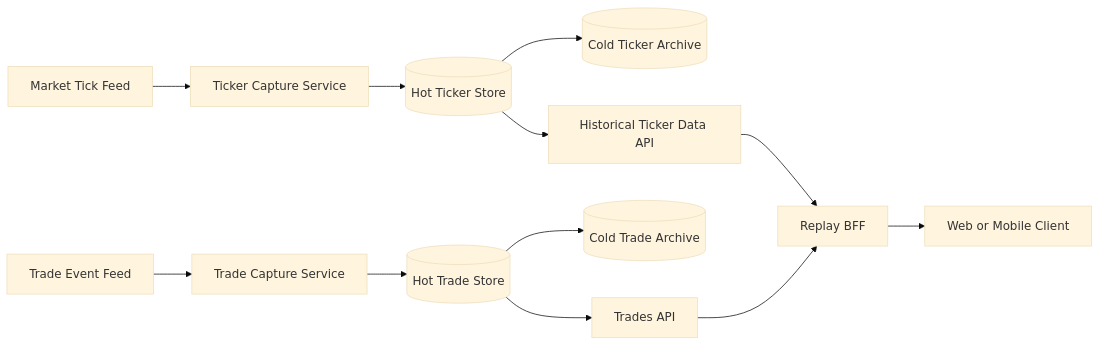
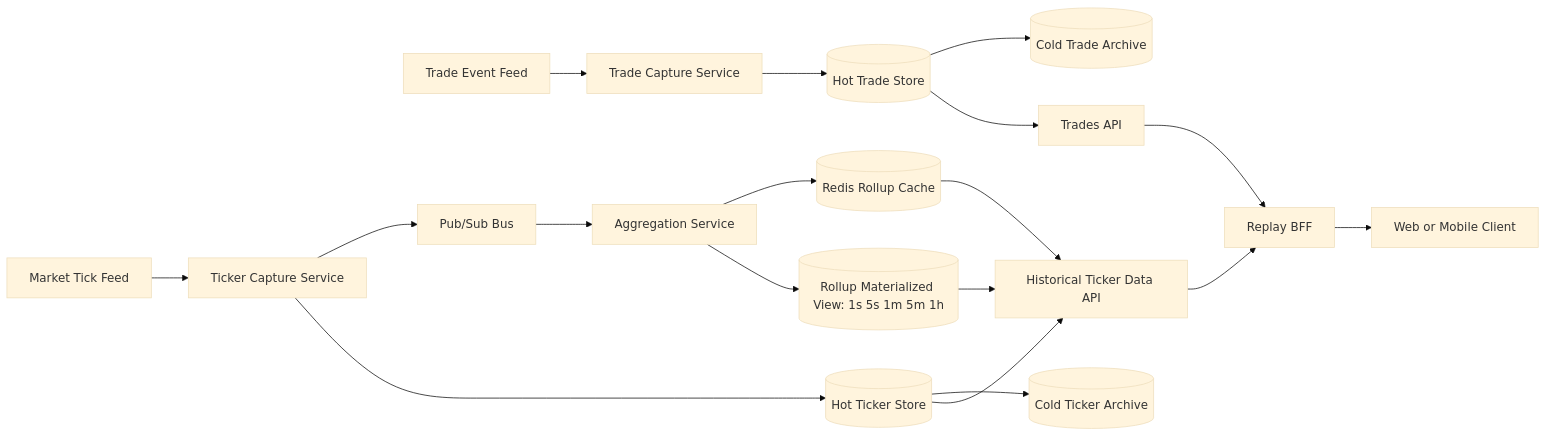
The first of 2 diagrams in question-2/design-doc.md (tonyraoul/station-alpha), drawn with Mermaid (base theme) before and after one commit. The commit also changed other lines of this file, not shown here.

````diff
--- a/question-2/design-doc.md
+++ b/question-2/design-doc.md
@@ -132,19 +158,26 @@
 ```mermaid
 flowchart LR
     M[Market Tick Feed] --> TC[Ticker Capture Service]
     E[Trade Event Feed] --> TRC[Trade Capture Service]
 
+    TC --> PS[Pub/Sub Bus]
+    PS --> AGG[Aggregation Service]
+
     TC --> TS[(Hot Ticker Store)]
     TRC --> TRS[(Hot Trade Store)]
+   AGG --> ROLL[(Redis Rollup Cache)]
+   AGG --> RV[(Rollup Materialized View: 1s 5s 1m 5m 1h)]
 
     TS --> TA[(Cold Ticker Archive)]
     TRS --> TRA[(Cold Trade Archive)]
 
     TS --> HT[Historical Ticker Data API]
+   ROLL --> HT
+   RV --> HT
     TRS --> TAPI[Trades API]
 
     HT --> BFF[Replay BFF]
     TAPI --> BFF
 
     BFF --> C[Web or Mobile Client]
 ```
````
